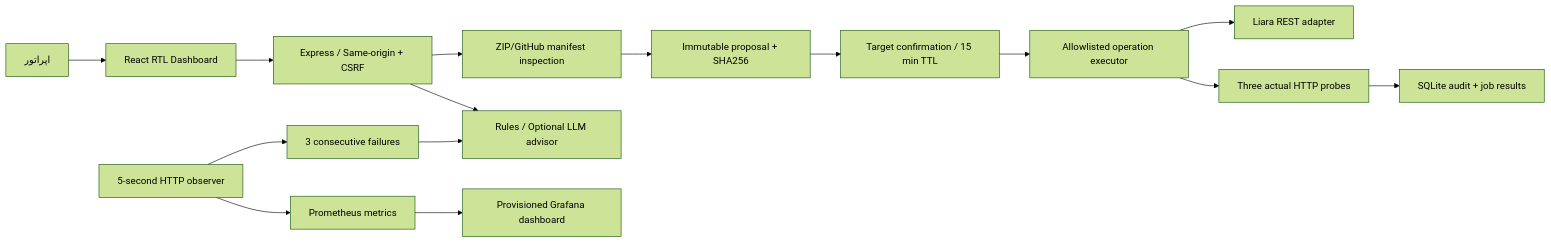
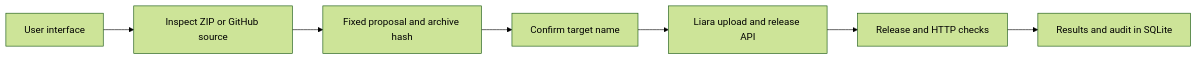
Before and after one commit to ashkanhfz/rahban: the diagram in ARCHITECTURE.md, drawn with Mermaid (forest theme). The commit also changed other lines of this file and 45 other files, not shown here.

````diff
--- a/ARCHITECTURE.md
+++ b/ARCHITECTURE.md
@@ -5,17 +5,9 @@
 ```mermaid
 flowchart LR
-  User[اپراتور] --> UI[React RTL Dashboard]
-  UI --> API[Express / Same-origin + CSRF]
-  API --> Inspect[ZIP/GitHub manifest inspection]
-  Inspect --> Proposal[Immutable proposal + SHA256]
-  Proposal --> Gate[Target confirmation / 15 min TTL]
-  Gate --> Worker[Allowlisted operation executor]
-  Worker --> Liara[Liara REST adapter]
-  Worker --> Verify[Three actual HTTP probes]
-  Verify --> Audit[SQLite audit + job results]
-  API --> Advisor[Rules / Optional LLM advisor]
-  Probes[5-second HTTP observer] --> Incident[3 consecutive failures]
-  Incident --> Advisor
-  Probes --> Metrics[Prometheus metrics]
-  Metrics --> Grafana[Provisioned Grafana dashboard]
+  UI[User interface] --> Inspect[Inspect ZIP or GitHub source]
+  Inspect --> Proposal[Fixed proposal and archive hash]
+  Proposal --> Approval[Confirm target name]
+  Approval --> Liara[Liara upload and release API]
+  Liara --> Verify[Release and HTTP checks]
+  Verify --> Store[Results and audit in SQLite]
 ```
````
